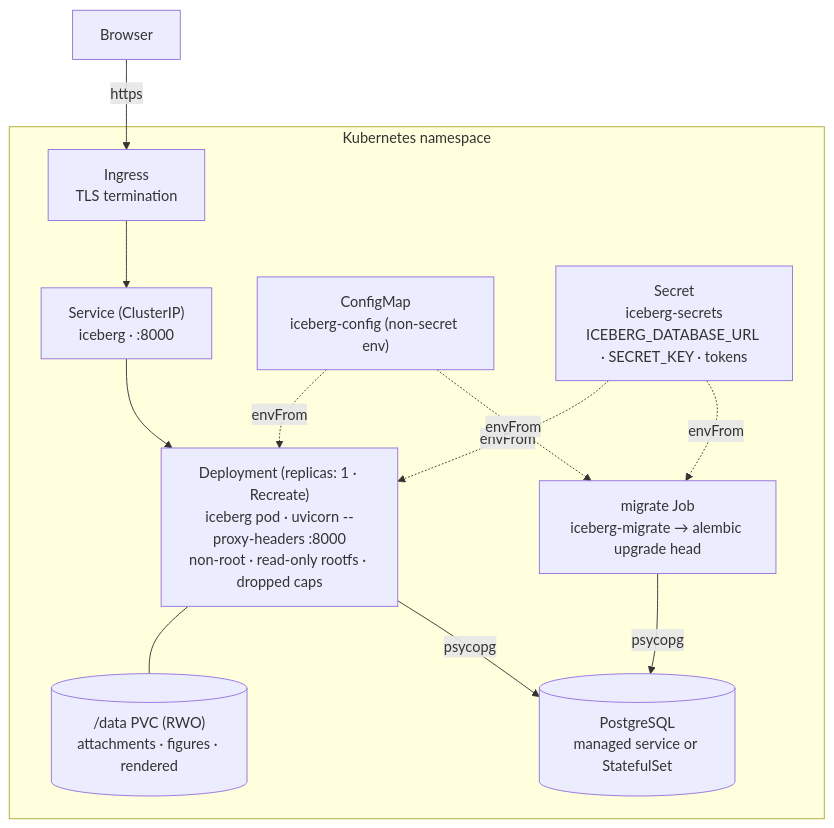
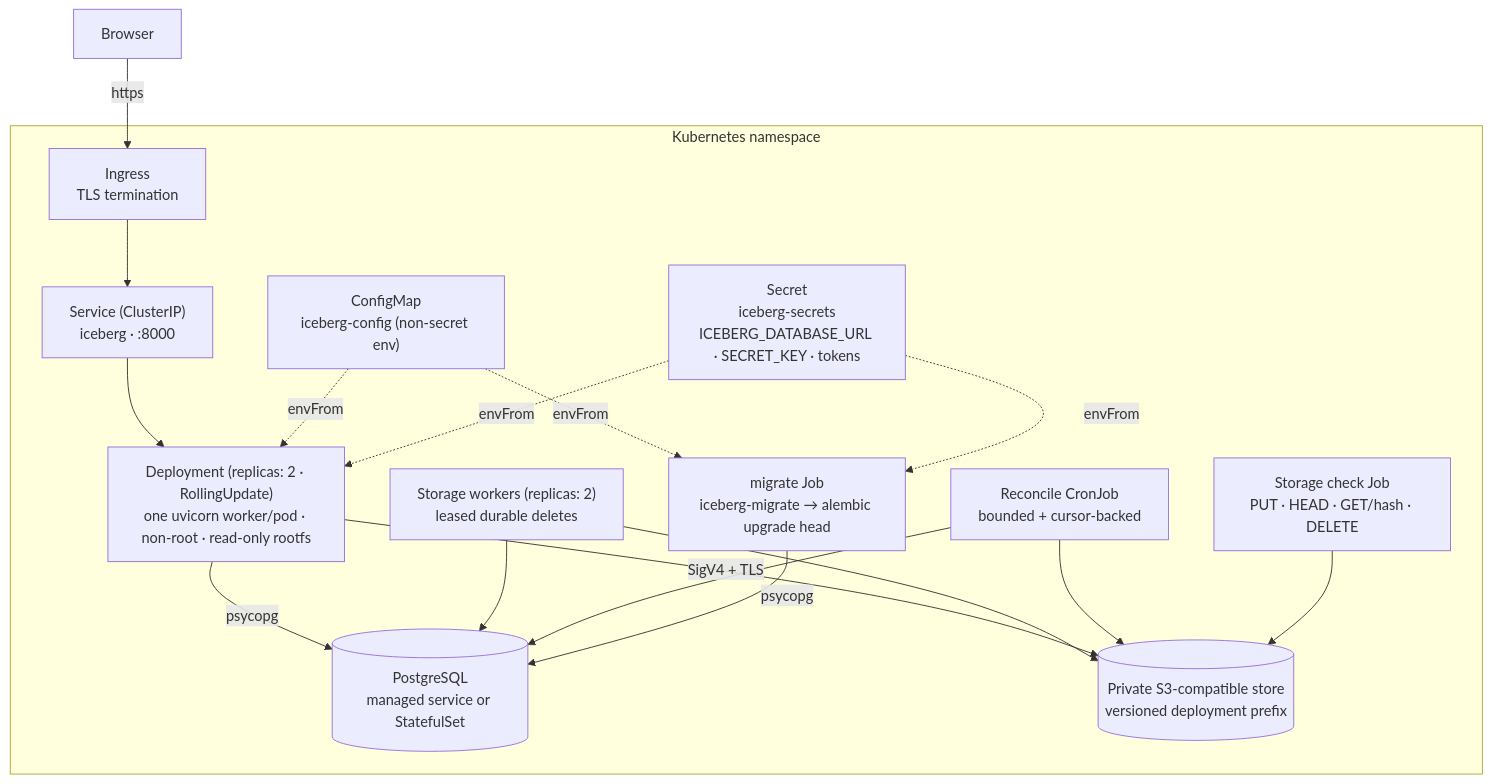
One commit to IcebergAI/IcebergCTI changed the fourth of 4 diagrams in README.md. Above: the diagram before and after it, drawn with Mermaid. The commit also changed other lines of this file and 58 other files, not shown here.

````diff
--- a/README.md
+++ b/README.md
@@ -730,21 +748,30 @@
 ```mermaid
 flowchart TB
   Client["Browser"] -->|"https"| Ingress["Ingress<br/>TLS termination"]
 
   subgraph ns["Kubernetes namespace"]
     Ingress --> Svc["Service (ClusterIP)<br/>iceberg · :8000"]
-    Svc --> Pod["Deployment (replicas: 1 · Recreate)<br/>iceberg pod · uvicorn --proxy-headers :8000<br/>non-root · read-only rootfs · dropped caps"]
+    Svc --> Pod["Deployment (replicas: 2 · RollingUpdate)<br/>one uvicorn worker/pod · non-root · read-only rootfs"]
+    Worker["Storage workers (replicas: 2)<br/>leased durable deletes"]
+    Reconcile["Reconcile CronJob<br/>bounded + cursor-backed"]
+    Check["Storage check Job<br/>PUT · HEAD · GET/hash · DELETE"]
     Job["migrate Job<br/>iceberg-migrate → alembic upgrade head"]
     CM["ConfigMap<br/>iceberg-config (non-secret env)"]
     Sec["Secret<br/>iceberg-secrets<br/>ICEBERG_DATABASE_URL · SECRET_KEY · tokens"]
     PG[("PostgreSQL<br/>managed service or StatefulSet")]
+    S3[("Private S3-compatible store<br/>versioned deployment prefix")]
 
-    Pod --- PVC[("/data PVC (RWO)<br/>attachments · figures · rendered")]
     Pod -->|"psycopg"| PG
+    Pod -->|"SigV4 + TLS"| S3
+    Worker --> PG
+    Worker --> S3
+    Reconcile --> PG
+    Reconcile --> S3
+    Check --> S3
     Job -->|"psycopg"| PG
     CM -. "envFrom" .-> Pod
     Sec -. "envFrom" .-> Pod
     CM -. "envFrom" .-> Job
     Sec -. "envFrom" .-> Job
   end
 ```
````
